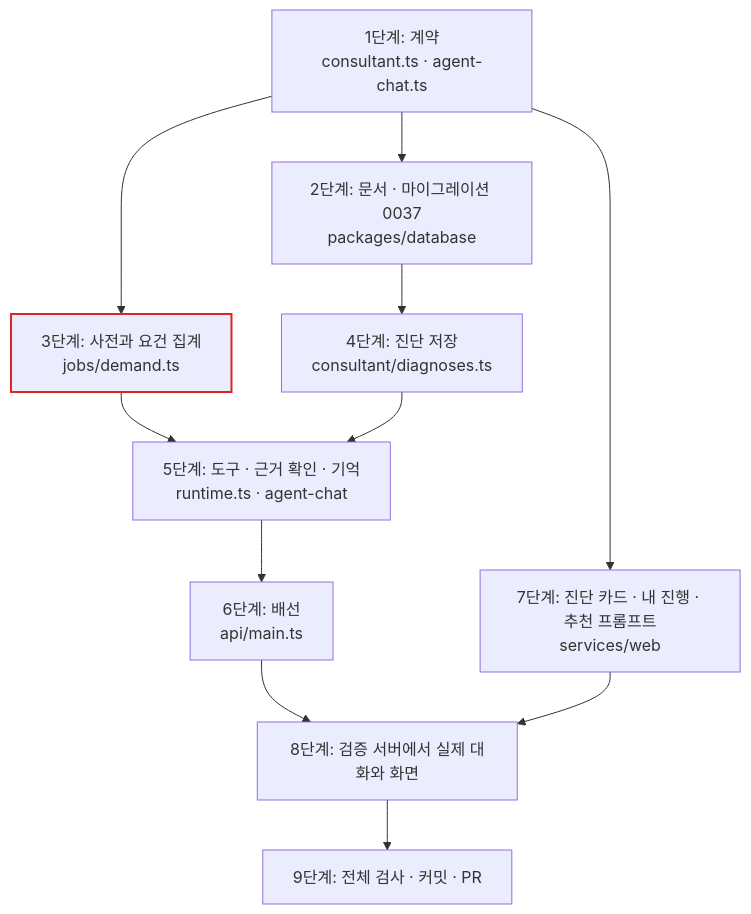
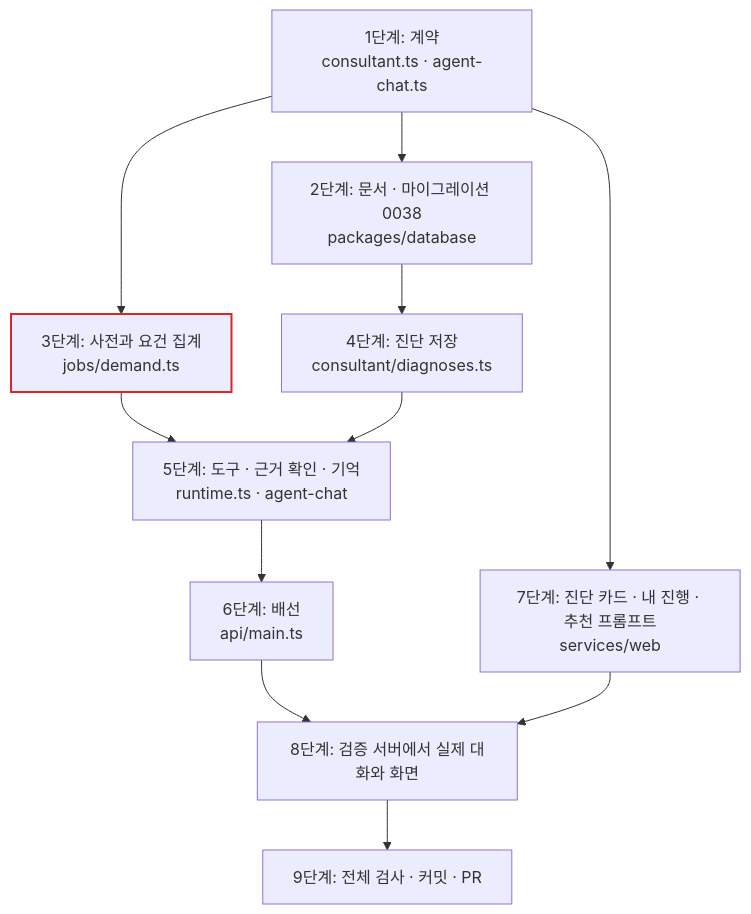
One commit to Expresso-Organization/expresso changed the diagram in .intent/plan_consultant-diagnosis.md. Above: the diagram before and after it, drawn with Mermaid. The commit also changed other lines of this file and 6 other files, not shown here.

First line of the commit message:
chore: 진단(consultant_diagnoses) 마이그레이션 번호를 0038로 옮기기

````diff
--- a/.intent/plan_consultant-diagnosis.md
+++ b/.intent/plan_consultant-diagnosis.md
@@ -31,14 +31,14 @@
 ```mermaid
 flowchart TD
-  A["1단계: 계약<br/>consultant.ts · agent-chat.ts"] --> B["2단계: 문서 · 마이그레이션 0037<br/>packages/database"]
+  A["1단계: 계약<br/>consultant.ts · agent-chat.ts"] --> B["2단계: 문서 · 마이그레이션 0038<br/>packages/database"]
   A --> C["3단계: 사전과 요건 집계<br/>jobs/demand.ts"]:::risk
   B --> D["4단계: 진단 저장<br/>consultant/diagnoses.ts"]
   C --> E["5단계: 도구 · 근거 확인 · 기억<br/>runtime.ts · agent-chat"]
   D --> E
   E --> F["6단계: 배선<br/>api/main.ts"]
   A --> G["7단계: 진단 카드 · 내 진행 · 추천 프롬프트<br/>services/web"]
   F --> H["8단계: 검증 서버에서 실제 대화와 화면"]
   G --> H
   H --> I["9단계: 전체 검사 · 커밋 · PR"]
   classDef risk stroke:#dc2626,stroke-width:2px
 ```
````
